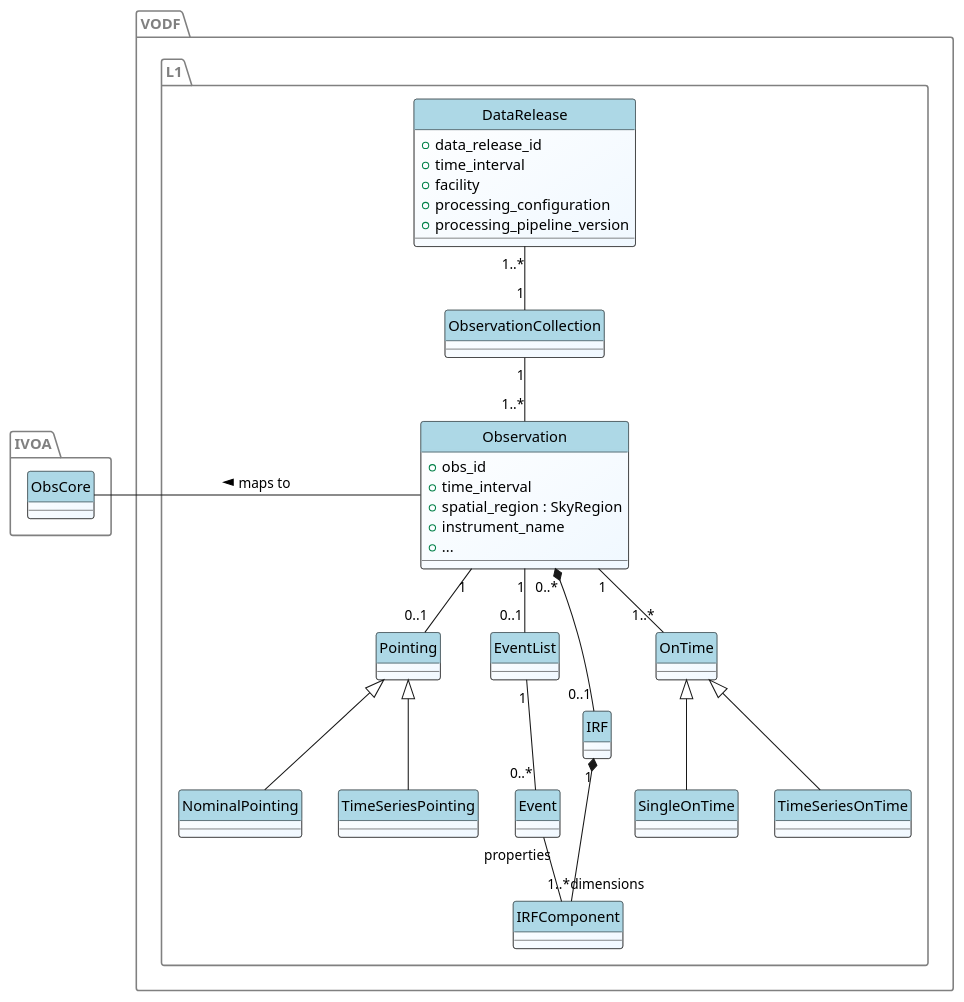
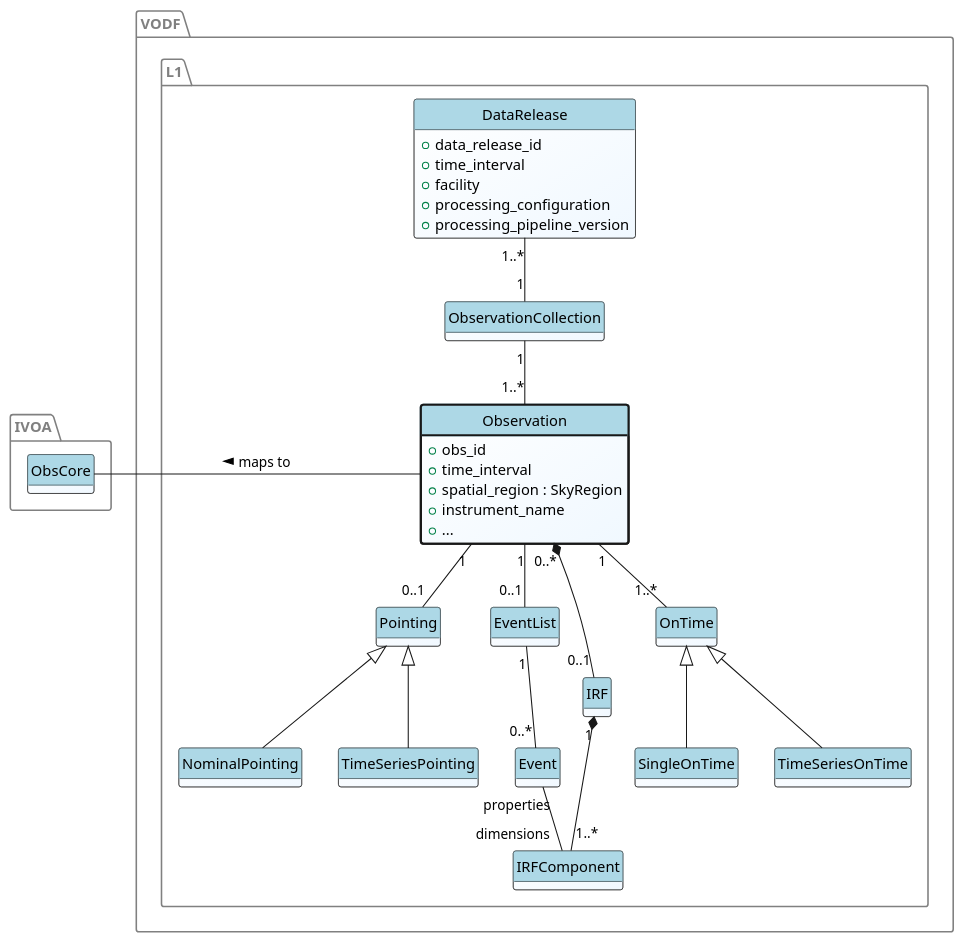
Before and after one commit to VODF/vodf-docs: the diagram in source/specification/level-1/level-1.plantuml, drawn with PlantUML. The commit also changed 3 other files, not shown here.

```diff
--- a/source/specification/level-1/level-1.plantuml
+++ b/source/specification/level-1/level-1.plantuml
@@ -1,60 +1,61 @@
 @startuml
 hide circles
+hide methods
 skinparam ClassBackgroundColor white/aliceblue
 skinparam ClassHeaderBackgroundColor lightblue
 <style>
 package {
         LineColor gray
         FontColor gray
 }
 </style>
 
 package IVOA {
         class ObsCore {
 
         }
 }
 
 package VODF.L1 {
 
         class DataRelease  {
                 + data_release_id
                 + time_interval
                 + facility
                 + processing_configuration
                 + processing_pipeline_version
         }
 
-        class Observation {
+        class Observation #line.bold {
                 + obs_id
                 + time_interval
                 + spatial_region : SkyRegion
                 + instrument_name
                 + ...
         }
 
         Observation "1" -- "0..1" Pointing
 
         Pointing <|-- NominalPointing
         Pointing <|-- TimeSeriesPointing
 
         DataRelease "1..*" -- "1" ObservationCollection
         ObservationCollection "1" -- "1..*" Observation
 
         ObsCore -r- Observation : "maps to <"
 
         Observation  "1" -- "0..1" EventList
         Observation  "0..*" *--  "0..1" IRF
         Observation "1" --  "1..*" OnTime
         OnTime <|-- SingleOnTime
         OnTime <|-- TimeSeriesOnTime
 
         EventList "1" -- "0..*" Event
 
         Event "properties" -- "dimensions" IRFComponent
 
         IRF "1"  *-- "1..*" IRFComponent
 
 }
 
 @enduml
```
